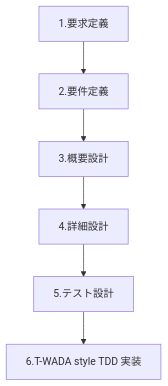
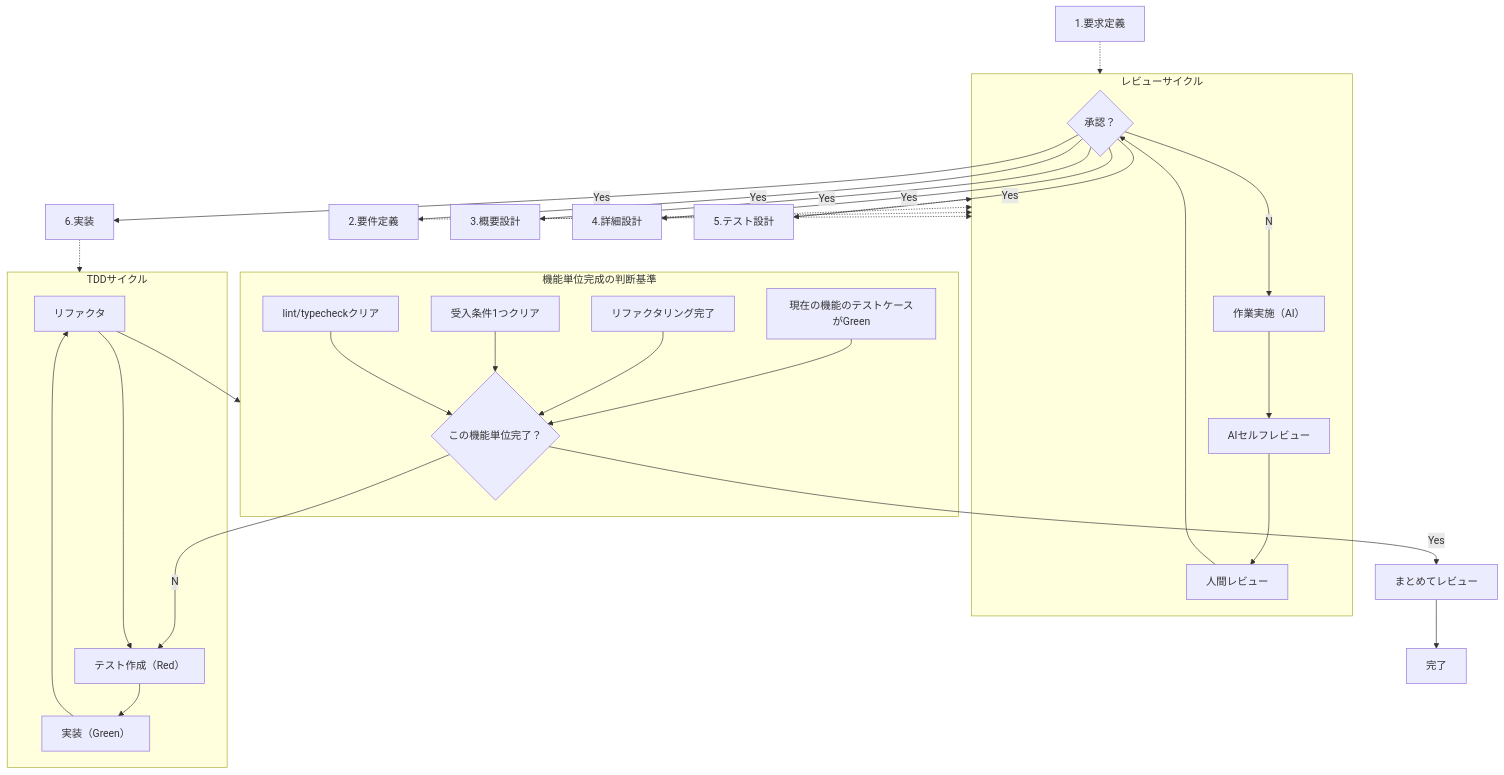
Before and after one commit to norinoriver/ai-multi-agent: the diagram in CLAUDE.md, drawn with Mermaid. The commit also changed other lines of this file, not shown here.

````diff
--- a/CLAUDE.md
+++ b/CLAUDE.md
@@ -4,8 +4,39 @@
-``` mermaid
+```mermaid
 flowchart TD
-    A[1.要求定義] --> B[2.要件定義]
-    B --> C[3.概要設計]
-    C --> D[4.詳細設計]
-    D --> E[5.テスト設計]
-    E --> F[6.T-WADA style TDD 実装]
+    A[1.要求定義] -.-> review
+    R4 --Yes--> B[2.要件定義]
+    B -.-> review
+    R4 --Yes--> C[3.概要設計]
+    C -.-> review
+    R4 --Yes--> D[4.詳細設計]
+    D -.-> review
+    R4 --Yes--> E[5.テスト設計]
+    E -.-> review
+    R4 --Yes--> F[6.実装]
+    F -.-> tdd
+    T3 --> completion
+    C5 --No--> T1
+    C5 --Yes--> H[まとめてレビュー]
+    H --> I[完了]
+
+    subgraph review["レビューサイクル"]
+        R1[作業実施（AI）] --> R2[AIセルフレビュー]
+        R2 --> R3[人間レビュー]
+        R3 --> R4{承認？}
+        R4 --No--> R1
+    end
+    
+    subgraph tdd["TDDサイクル"]
+        T1[テスト作成（Red）] --> T2[実装（Green）]
+        T2 --> T3[リファクタ]
+        T3 --> T1
+    end
+    
+    subgraph completion["機能単位完成の判断基準"]
+        C1[現在の機能のテストケースがGreen]
+        C2[リファクタリング完了]
+        C3[受入条件1つクリア]
+        C4[lint/typecheckクリア]
+        C1 & C2 & C3 & C4 --> C5{この機能単位完了？}
+    end
 ```
````
